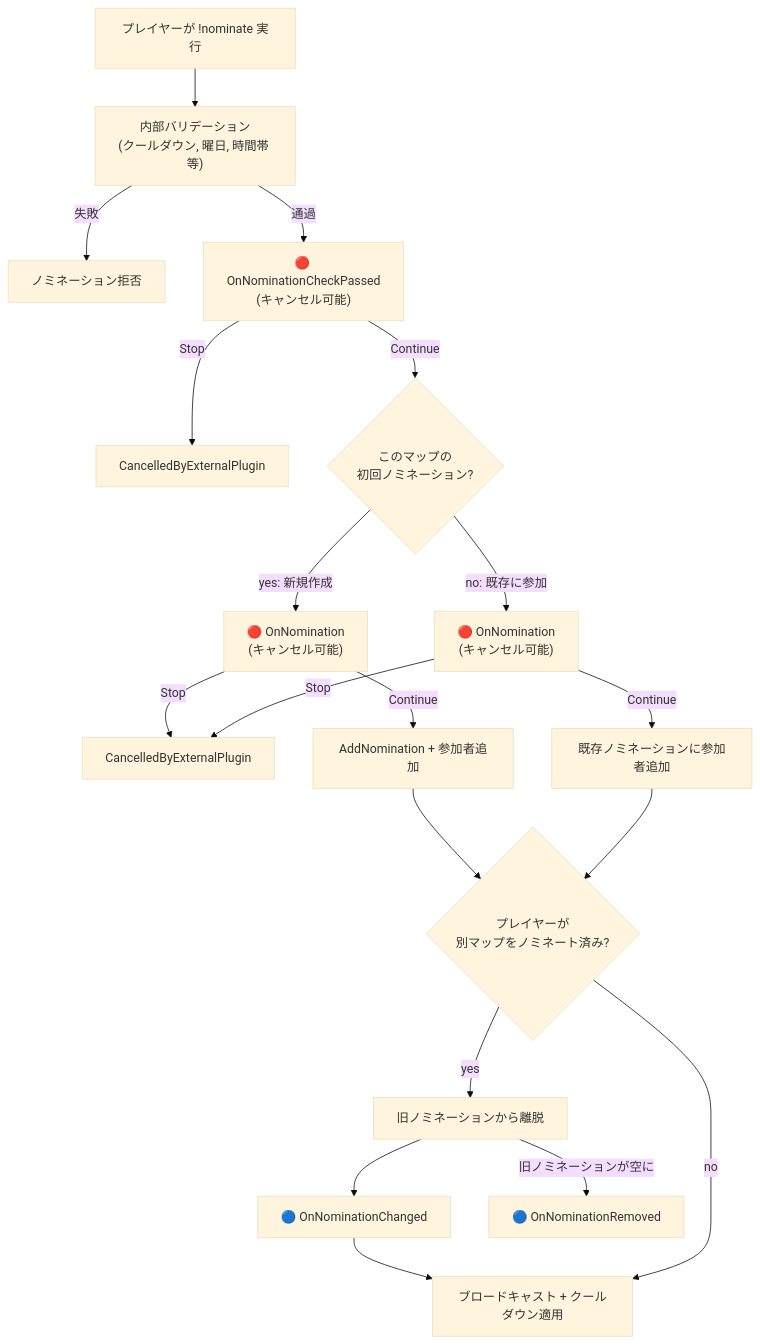
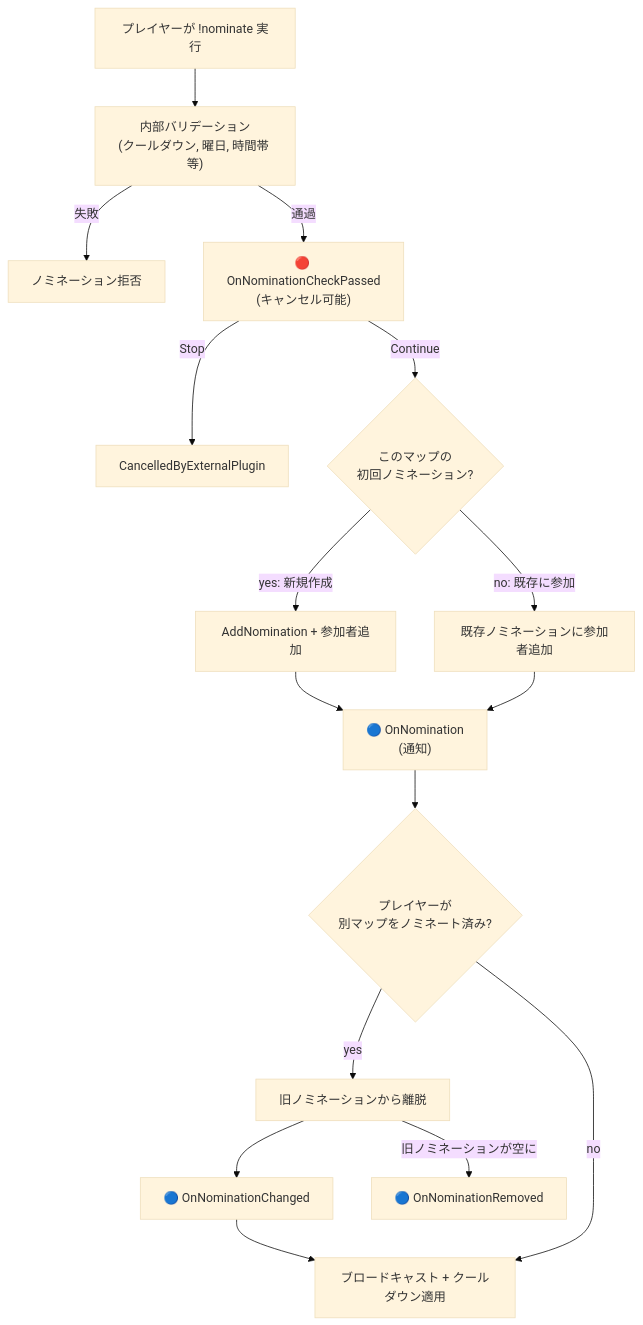
Before and after one commit to possession-community/MapChooserSharpMS: the first of 3 diagrams in docs/ja/development/api/events.md, drawn with Mermaid (base theme). The commit also changed other lines of this file and 8 other files, not shown here.

````diff
--- a/docs/ja/development/api/events.md
+++ b/docs/ja/development/api/events.md
@@ -60,21 +60,18 @@
 ```mermaid
 flowchart TD
     A["プレイヤーが !nominate 実行"] --> B["内部バリデーション<br/>(クールダウン, 曜日, 時間帯 等)"]
     B -->|失敗| X1["ノミネーション拒否"]
     B -->|通過| C["🔴 OnNominationCheckPassed<br/>(キャンセル可能)"]
     C -->|Stop| X2["CancelledByExternalPlugin"]
     C -->|Continue| D{このマップの<br/>初回ノミネーション?}
-    D -->|yes: 新規作成| E["🔴 OnNomination<br/>(キャンセル可能)"]
-    D -->|no: 既存に参加| F["🔴 OnNomination<br/>(キャンセル可能)"]
-    E -->|Stop| X3["CancelledByExternalPlugin"]
-    F -->|Stop| X3
-    E -->|Continue| G["AddNomination + 参加者追加"]
-    F -->|Continue| H["既存ノミネーションに参加者追加"]
-    G --> I{プレイヤーが<br/>別マップをノミネート済み?}
-    H --> I
+    D -->|yes: 新規作成| G["AddNomination + 参加者追加"]
+    D -->|no: 既存に参加| H["既存ノミネーションに参加者追加"]
+    G --> N["🔵 OnNomination<br/>(通知)"]
+    H --> N
+    N --> I{プレイヤーが<br/>別マップをノミネート済み?}
     I -->|yes| J["旧ノミネーションから離脱"]
     J --> K["🔵 OnNominationChanged"]
     K --> L["ブロードキャスト + クールダウン適用"]
     I -->|no| L
     J -->|旧ノミネーションが空に| M["🔵 OnNominationRemoved"]
 ```
````
